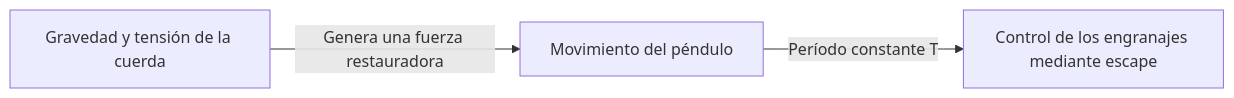
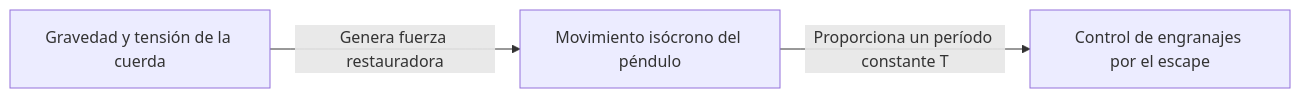
One commit to kenjinote/blog changed the second of 3 diagrams in content/post/history-of-timekeeping-technology/index.es.md. Above: the diagram before and after it, drawn with Mermaid. The commit also changed other lines of this file and 129 other files, not shown here.

````diff
--- a/content/post/history-of-timekeeping-technology/index.es.md
+++ b/content/post/history-of-timekeeping-technology/index.es.md
@@ -36,5 +41,5 @@
 ```mermaid
 graph LR
-    A["Gravedad y tensión de la cuerda"] -- "Genera una fuerza restauradora" --> B["Movimiento del péndulo"]
-    B -- "Período constante T" --> C["Control de los engranajes mediante escape"]
+    A["Gravedad y tensión de la cuerda"] -- "Genera fuerza restauradora" --> B["Movimiento isócrono del péndulo"]
+    B -- "Proporciona un período constante T" --> C["Control de engranajes por el escape"]
 ```
````
